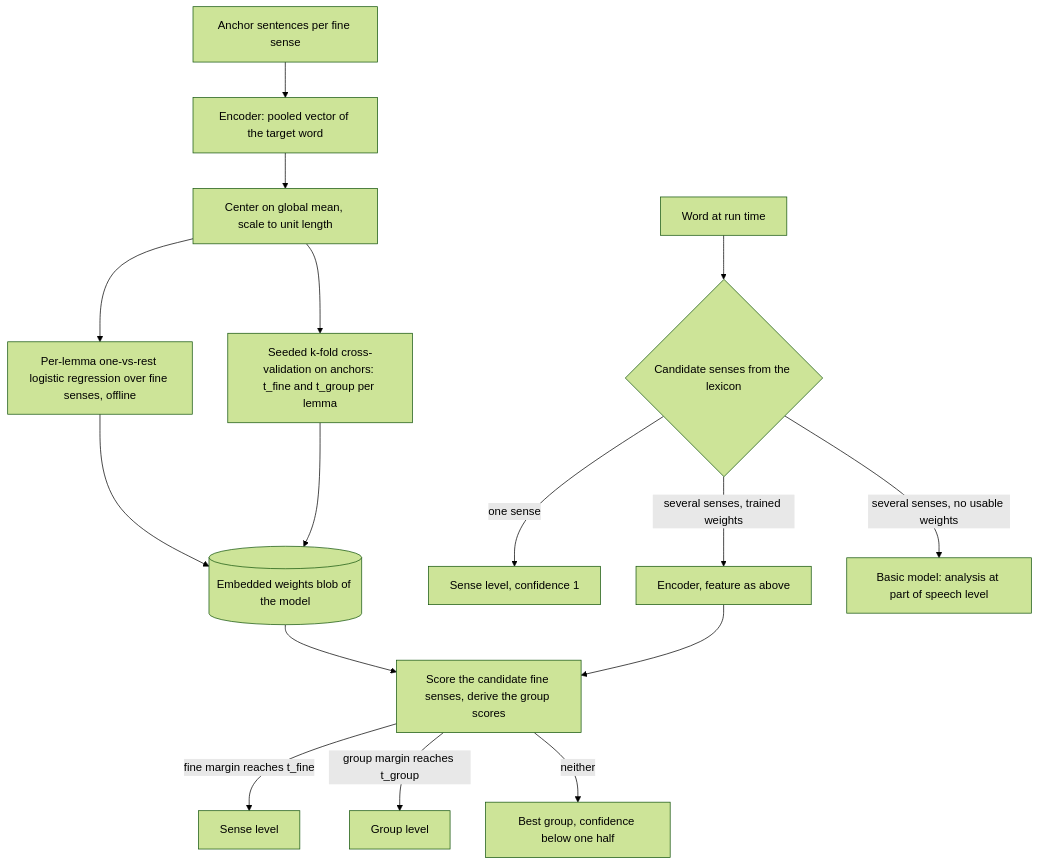
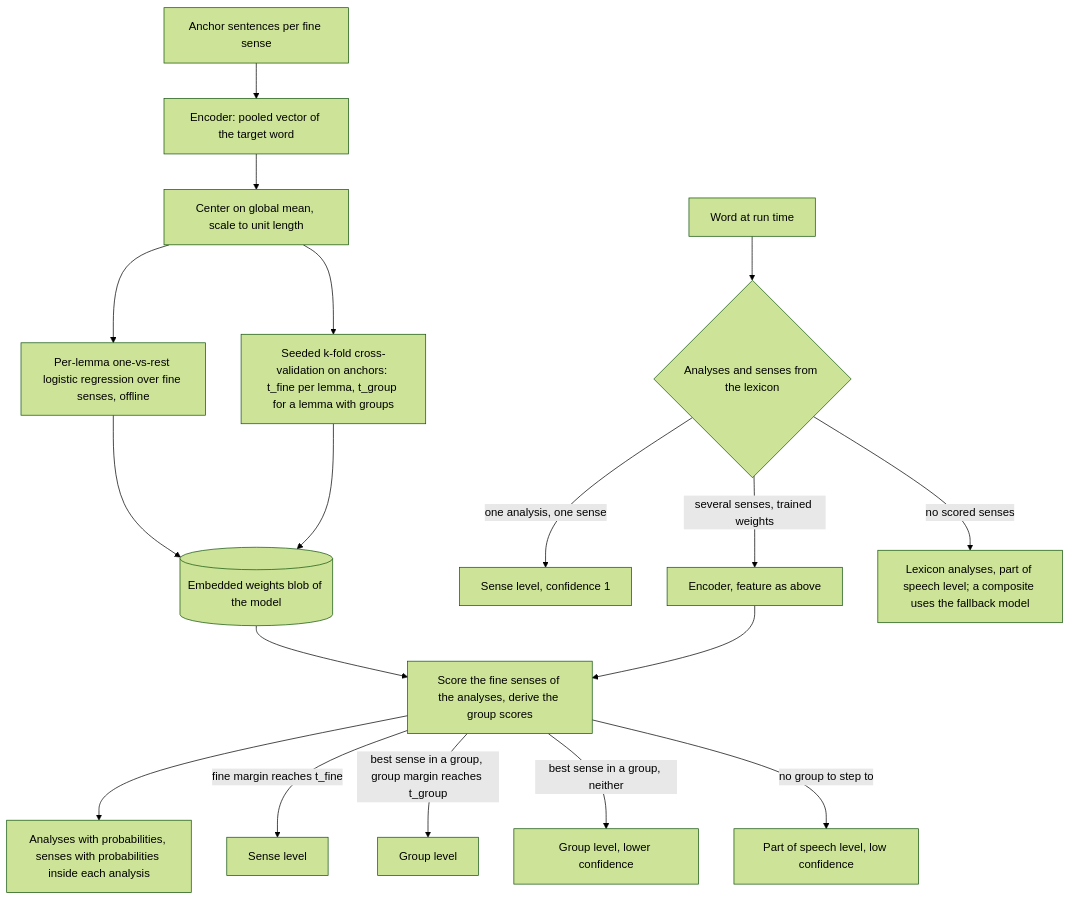
Before and after one commit to demaconsulting/WordSense: the diagram in docs/design/word-sense/onnx.md, drawn with Mermaid (forest theme). The commit also changed other lines of this file and 717 other files, not shown here.

First line of the commit message:
Core: fine-sense catalog, image v3, ClassifyResult with ranked analyses and senses (I3)

````diff
--- a/docs/design/word-sense/onnx.md
+++ b/docs/design/word-sense/onnx.md
@@ -92,18 +114,20 @@
 ```mermaid
 flowchart TD
     A[Anchor sentences per fine sense] --> B[Encoder: pooled vector of the target word]
     B --> C[Center on global mean, scale to unit length]
     C --> D[Per-lemma one-vs-rest logistic regression over fine senses, offline]
-    C --> T[Seeded k-fold cross-validation on anchors: t_fine and t_group per lemma]
+    C --> T[Seeded k-fold cross-validation on anchors: t_fine per lemma, t_group for a lemma with groups]
     D --> E[(Embedded weights blob of the model)]
     T --> E
-    W[Word at run time] --> L{Candidate senses from the lexicon}
-    L -- one sense --> R1[Sense level, confidence 1]
+    W[Word at run time] --> L{Analyses and senses from the lexicon}
+    L -- one analysis, one sense --> R1[Sense level, confidence 1]
     L -- several senses, trained weights --> F[Encoder, feature as above]
     E --> G
-    F --> G[Score the candidate fine senses, derive the group scores]
+    F --> G[Score the fine senses of the analyses, derive the group scores]
+    G --> C2[Analyses with probabilities, senses with probabilities inside each analysis]
     G -- fine margin reaches t_fine --> R2[Sense level]
-    G -- group margin reaches t_group --> R3[Group level]
-    G -- neither --> R4[Best group, confidence below one half]
-    L -- several senses, no usable weights --> R5[Basic model: analysis at part of speech level]
+    G -- best sense in a group, group margin reaches t_group --> R3[Group level]
+    G -- best sense in a group, neither --> R4[Group level, lower confidence]
+    G -- no group to step to --> R6[Part of speech level, low confidence]
+    L -- no scored senses --> R5[Lexicon analyses, part of speech level; a composite uses the fallback model]
 ```
````
